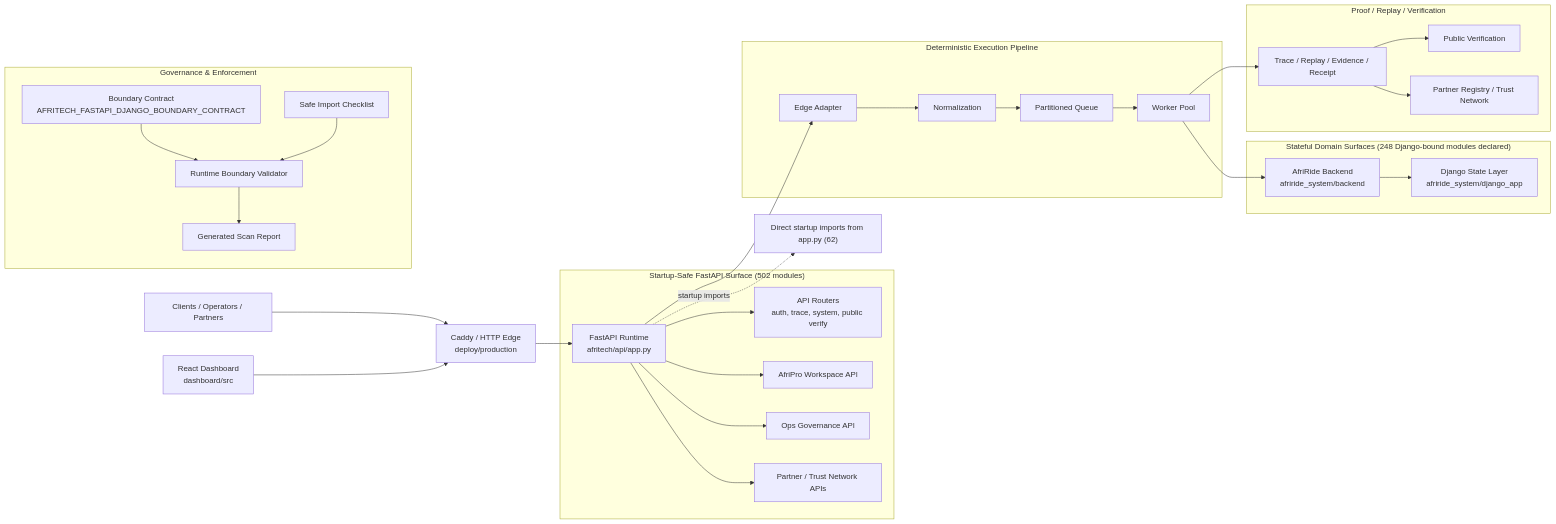
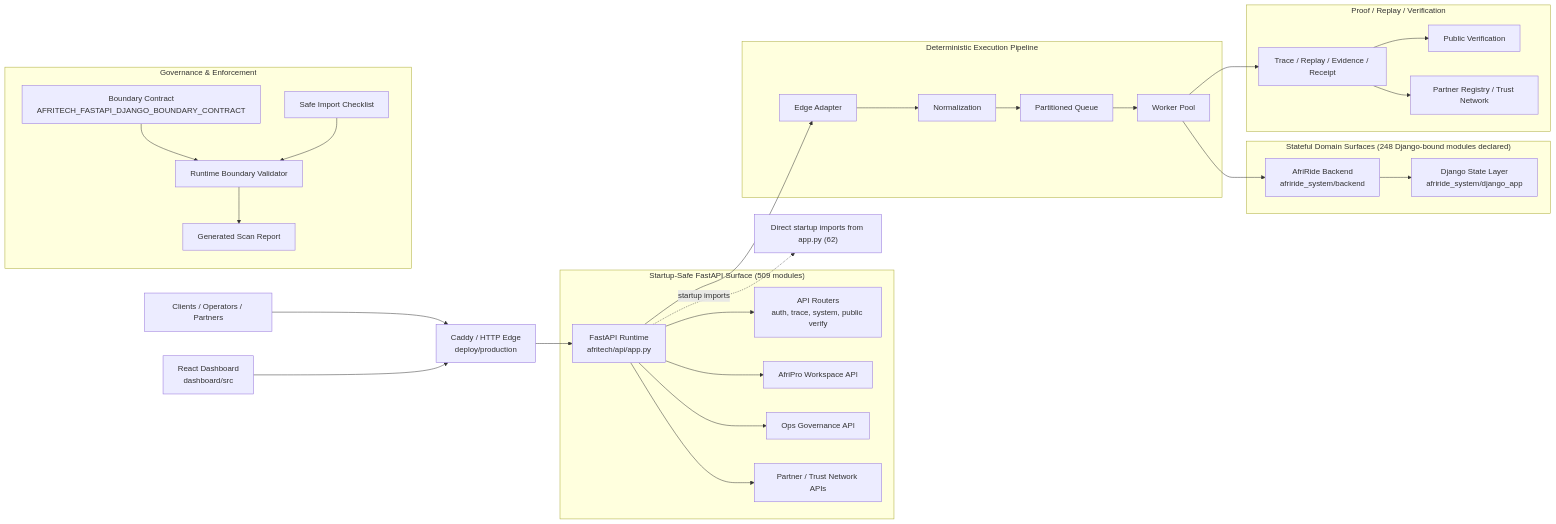
The first of 2 diagrams in docs/architecture/AFRITECH_FULL_ARCHITECTURE_GRAPH.md (Strelly2023/afritelematics), drawn with Mermaid before and after one commit. The commit also changed other lines of this file and 5 other files, not shown here.

````diff
--- a/docs/architecture/AFRITECH_FULL_ARCHITECTURE_GRAPH.md
+++ b/docs/architecture/AFRITECH_FULL_ARCHITECTURE_GRAPH.md
@@ -22,39 +22,39 @@
 ```mermaid
 flowchart LR
     Client["Clients / Operators / Partners"] --> Edge["Caddy / HTTP Edge\ndeploy/production"]
     Dashboard["React Dashboard\ndashboard/src"] --> Edge
     Edge --> App["FastAPI Runtime\nafritech/api/app.py"]
 
-    subgraph FastAPI["Startup-Safe FastAPI Surface (502 modules)"]
+    subgraph FastAPI["Startup-Safe FastAPI Surface (509 modules)"]
         App --> Api["API Routers\nauth, trace, system, public verify"]
         App --> Workspace["AfriPro Workspace API"]
         App --> Governance["Ops Governance API"]
         App --> Trust["Partner / Trust Network APIs"]
     end
 
     subgraph Pipeline["Deterministic Execution Pipeline"]
         App --> Adapt["Edge Adapter"]
         Adapt --> Normalize["Normalization"]
         Normalize --> Queue["Partitioned Queue"]
         Queue --> Worker["Worker Pool"]
     end
 
     subgraph State["Stateful Domain Surfaces (248 Django-bound modules declared)"]
         Worker --> Domain["AfriRide Backend\nafriride_system/backend"]
         Domain --> Django["Django State Layer\nafriride_system/django_app"]
     end
 
     subgraph Proof["Proof / Replay / Verification"]
         Worker --> Trace["Trace / Replay / Evidence / Receipt"]
         Trace --> Public["Public Verification"]
         Trace --> Registry["Partner Registry / Trust Network"]
     end
 
     subgraph GovernancePlane["Governance & Enforcement"]
         Contract["Boundary Contract\nAFRITECH_FASTAPI_DJANGO_BOUNDARY_CONTRACT"] --> Validator["Runtime Boundary Validator"]
         Checklist["Safe Import Checklist"] --> Validator
         Validator --> Review["Generated Scan Report"]
     end
 
     App -. startup imports .-> Imports["Direct startup imports from app.py (62)"]
 ```
````
